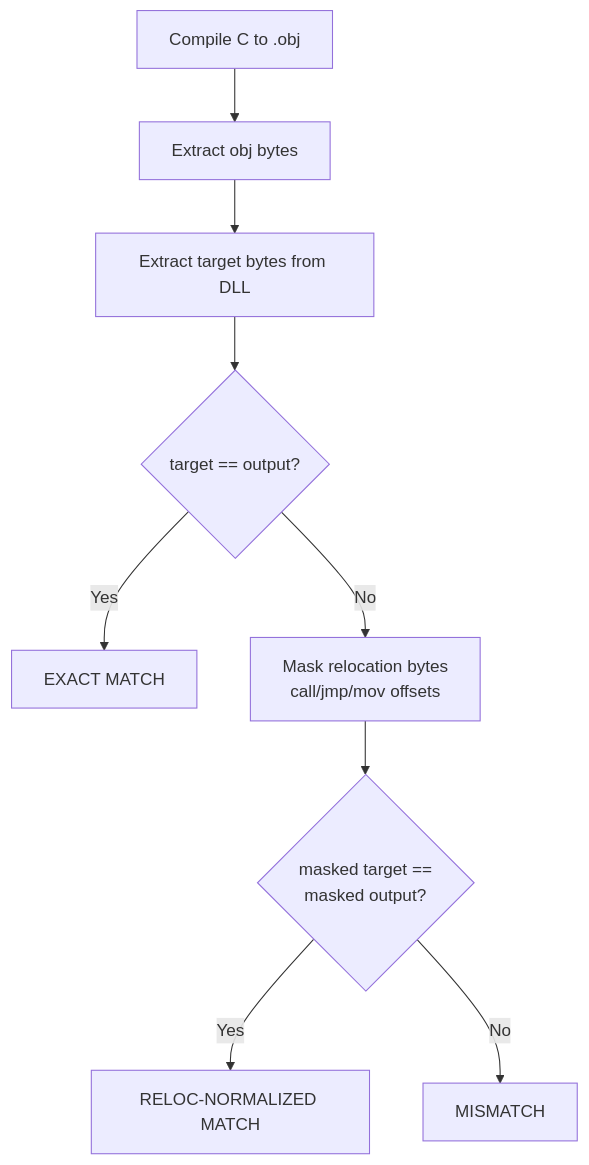
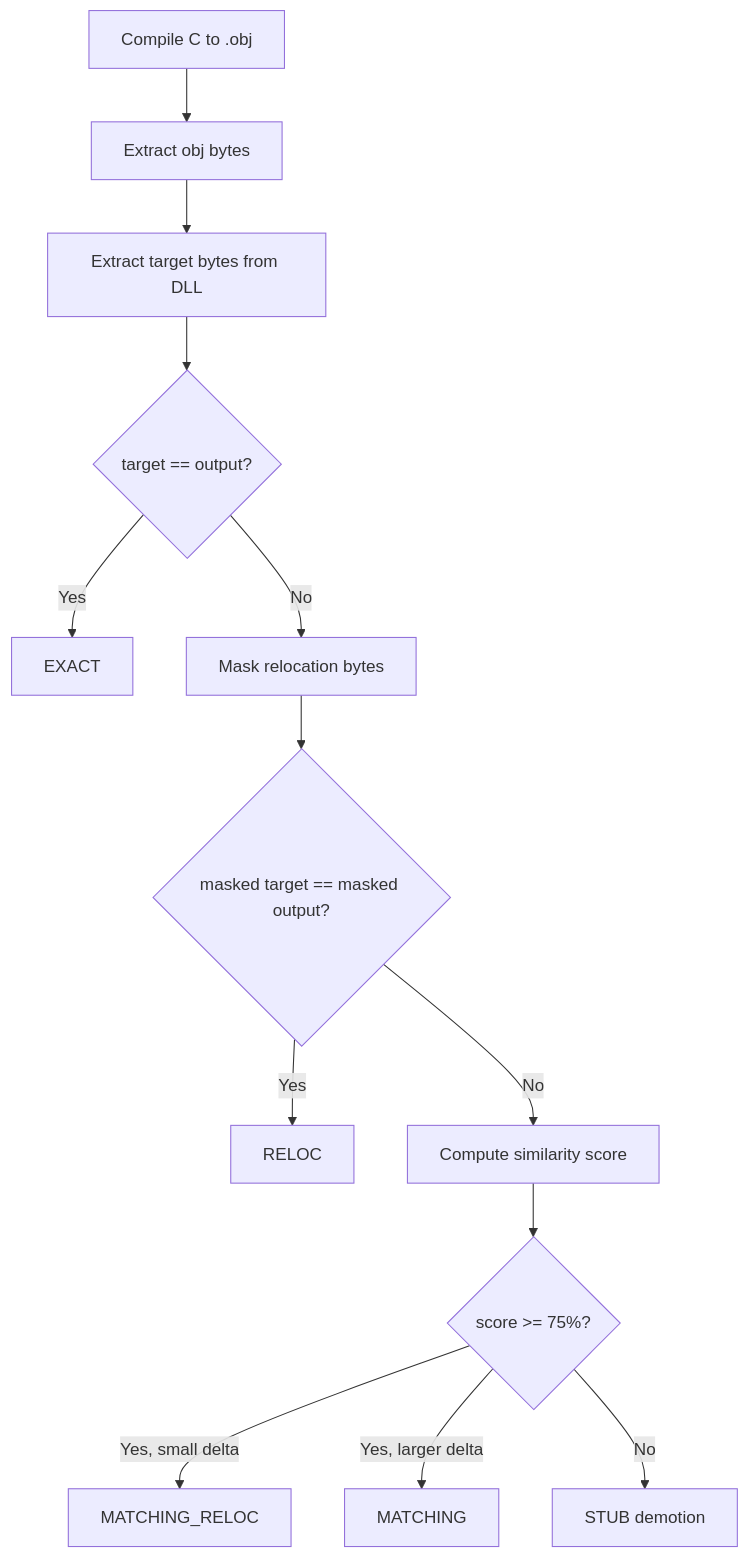
The diagram in docs/MATCH_TYPES.md (maci0/rebrew), drawn with Mermaid before and after one commit. The commit also changed other lines of this file and 85 other files, not shown here.

````diff
--- a/docs/MATCH_TYPES.md
+++ b/docs/MATCH_TYPES.md
@@ -105,11 +210,15 @@
 ```mermaid
 flowchart TD
     A[Compile C to .obj] --> B[Extract obj bytes]
     B --> C[Extract target bytes from DLL]
     C --> D{target == output?}
-    D -- Yes --> E[EXACT MATCH]
-    D -- No --> F[Mask relocation bytes<br/>call/jmp/mov offsets]
-    F --> G{masked target ==<br/>masked output?}
-    G -- Yes --> H[RELOC-NORMALIZED MATCH]
-    G -- No --> I[MISMATCH]
+    D -- Yes --> E[EXACT]
+    D -- No --> F[Mask relocation bytes]
+    F --> G{masked target == masked output?}
+    G -- Yes --> H[RELOC]
+    G -- No --> I[Compute similarity score]
+    I --> J{score >= 75%?}
+    J -- "Yes, small delta" --> K[MATCHING_RELOC]
+    J -- "Yes, larger delta" --> L[MATCHING]
+    J -- No --> M[STUB demotion]
 ```
````
